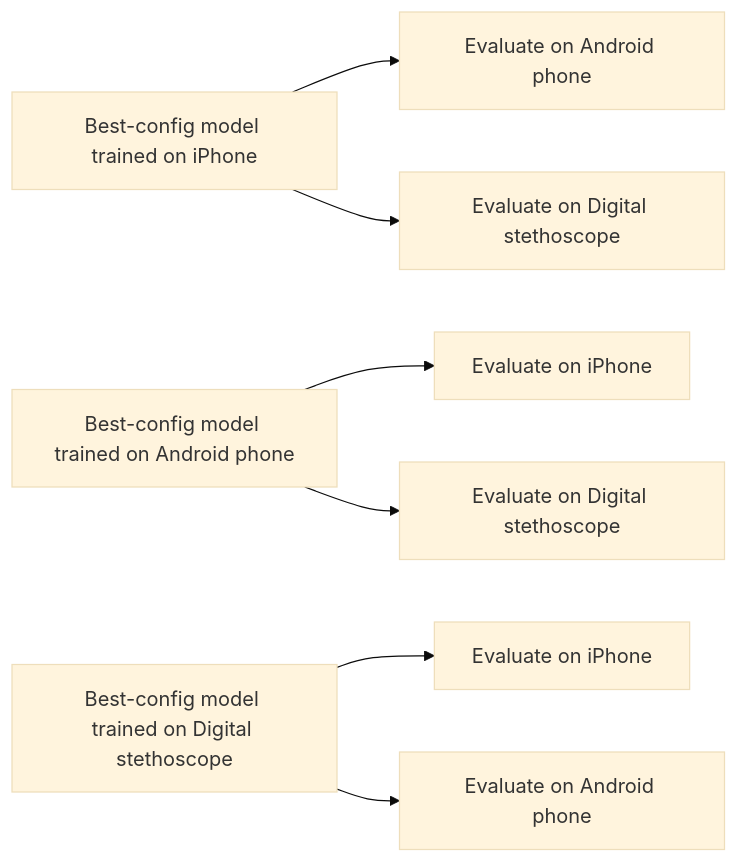
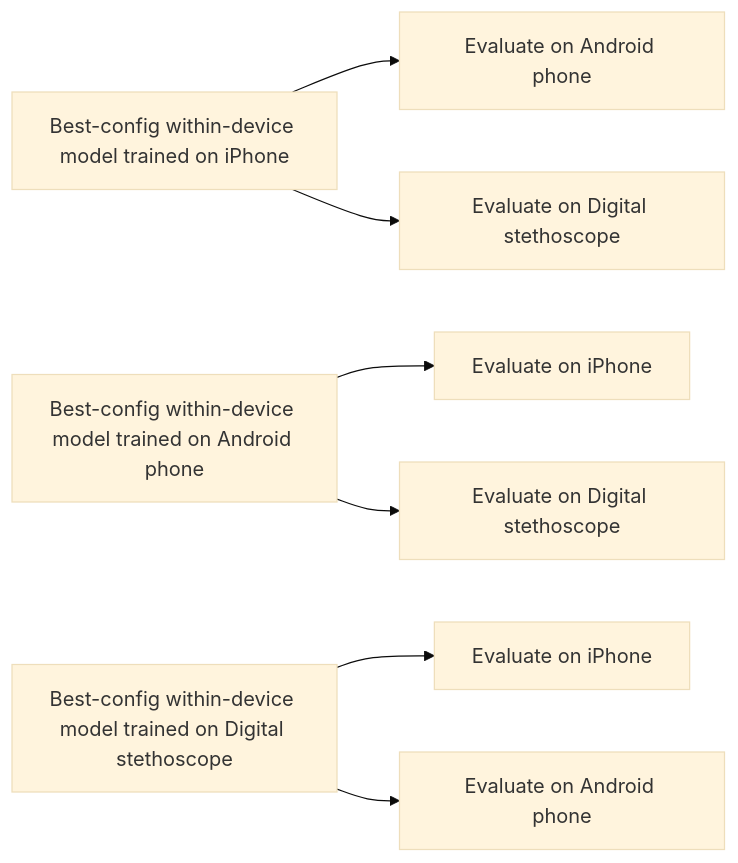
One commit to anywheredoor/phonocardiogram-lvef-deeplearning changed the second of 3 diagrams in README.md. Above: the diagram before and after it, drawn with Mermaid (base theme). The commit also changed other lines of this file and 1 other file, not shown here.

````diff
--- a/README.md
+++ b/README.md
@@ -135,9 +153,9 @@
 ```mermaid
 flowchart LR
-    A["Best-config model trained on iPhone"] --> B1["Evaluate on Android phone"]
+    A["Best-config within-device model trained on iPhone"] --> B1["Evaluate on Android phone"]
     A --> B2["Evaluate on Digital stethoscope"]
-    C["Best-config model trained on Android phone"] --> D1["Evaluate on iPhone"]
+    C["Best-config within-device model trained on Android phone"] --> D1["Evaluate on iPhone"]
     C --> D2["Evaluate on Digital stethoscope"]
-    E["Best-config model trained on Digital stethoscope"] --> F1["Evaluate on iPhone"]
+    E["Best-config within-device model trained on Digital stethoscope"] --> F1["Evaluate on iPhone"]
     E --> F2["Evaluate on Android phone"]
 ```
````
